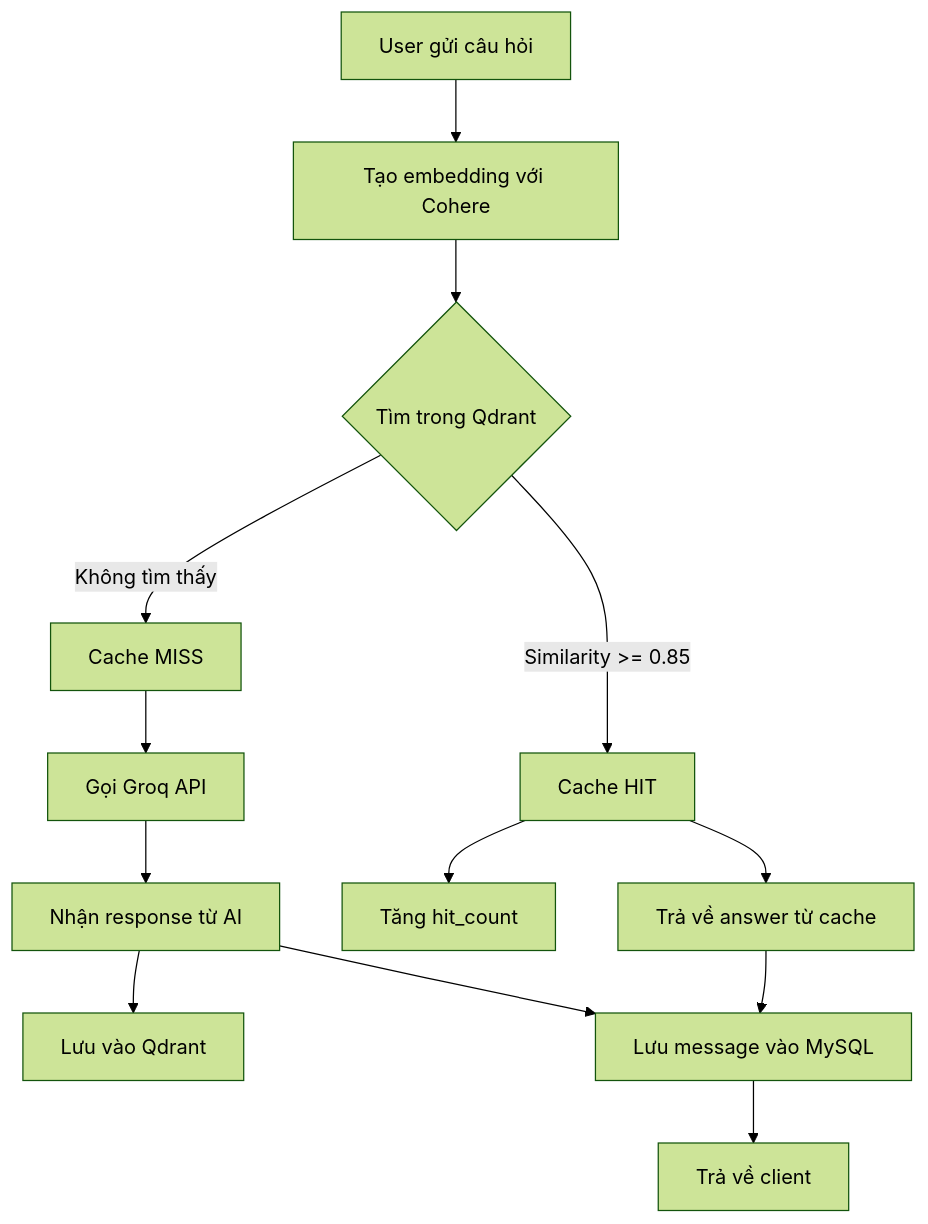
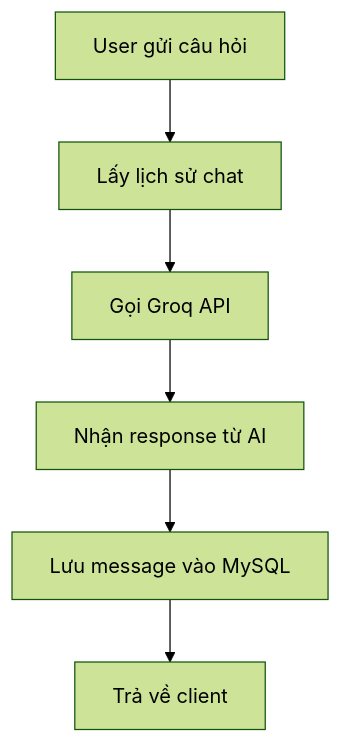
The diagram in AI_CHAT_GUIDE.md (DangTrieeu/New_Tech_BE), drawn with Mermaid (forest theme) before and after one commit. The commit also changed other lines of this file and 13 other files, not shown here.

````diff
--- a/AI_CHAT_GUIDE.md
+++ b/AI_CHAT_GUIDE.md
@@ -255,15 +216,8 @@
 ```mermaid
 graph TD
-    A[User gửi câu hỏi] --> B[Tạo embedding với Cohere]
-    B --> C{Tìm trong Qdrant}
-    C -->|Similarity >= 0.85| D[Cache HIT]
-    C -->|Không tìm thấy| E[Cache MISS]
-    D --> F[Trả về answer từ cache]
-    D --> G[Tăng hit_count]
-    E --> H[Gọi Groq API]
-    H --> I[Nhận response từ AI]
-    I --> J[Lưu vào Qdrant]
-    F --> K[Lưu message vào MySQL]
-    I --> K
-    K --> L[Trả về client]
+    A[User gửi câu hỏi] --> B[Lấy lịch sử chat]
+    B --> C[Gọi Groq API]
+    C --> D[Nhận response từ AI]
+    D --> E[Lưu message vào MySQL]
+    E --> F[Trả về client]
 ```
````
